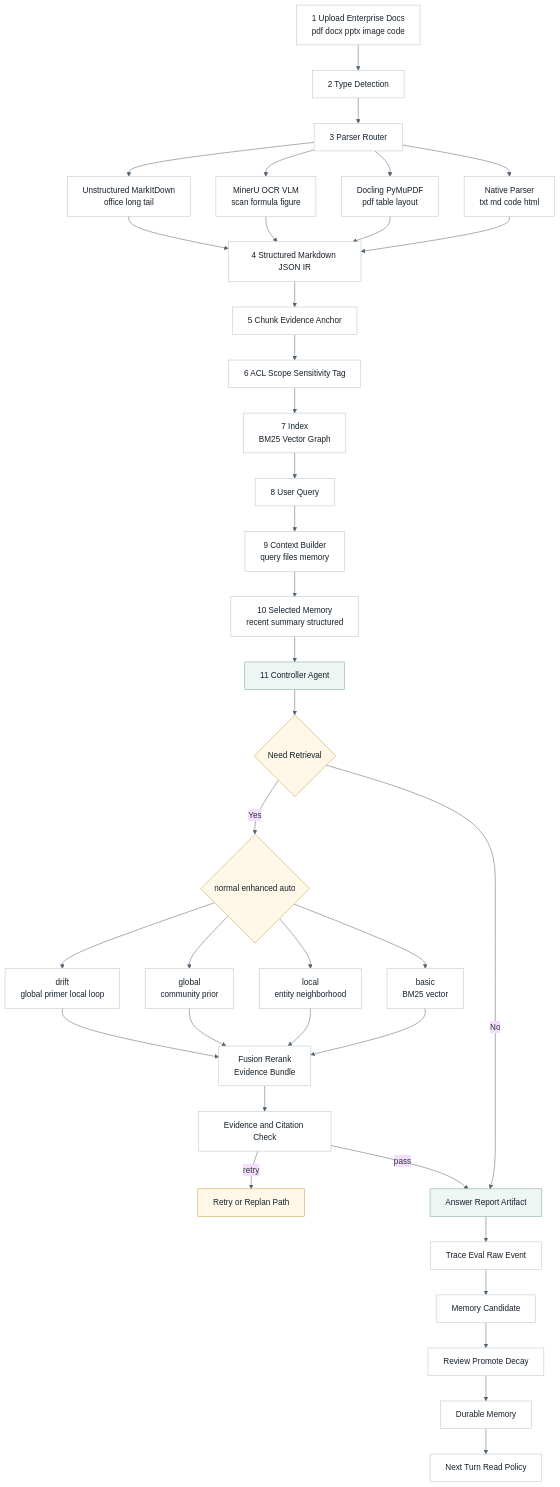
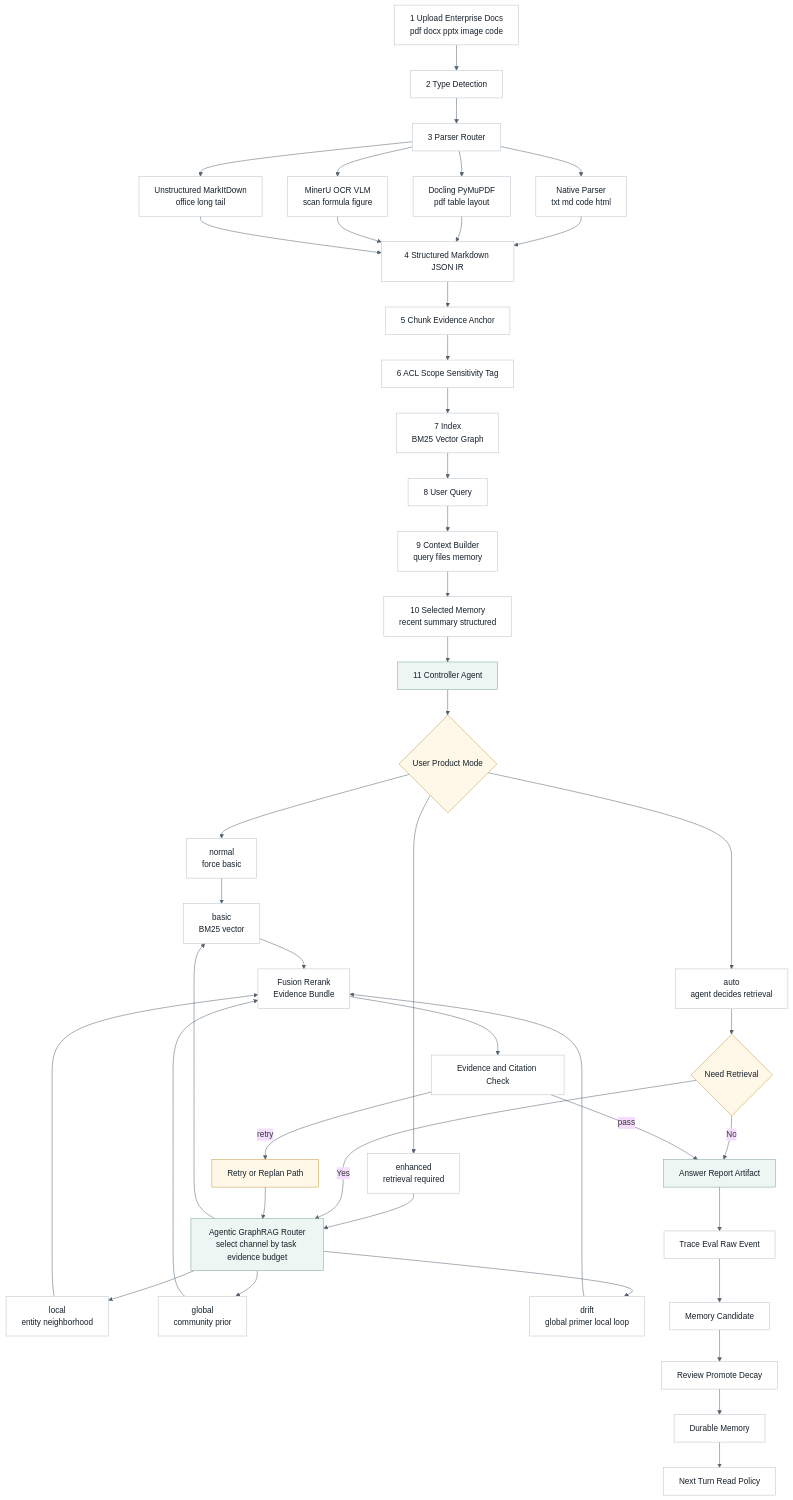
The fifth of 10 diagrams in .agent/architecture/architecture.md (ProfessorZhi/Zuno), drawn with Mermaid before and after one commit. The commit also changed other lines of this file and 5 other files, not shown here.

Commit message:
docs: clarify agentic graphrag mode routing

````diff
--- a/.agent/architecture/architecture.md
+++ b/.agent/architecture/architecture.md
@@ -615,58 +626,66 @@
 ```mermaid
 %%{init: {"theme": "base", "themeVariables": {"background": "#f7f8fb", "lineColor": "#52616f"}}}%%
 flowchart TB
   classDef node fill:#ffffff,stroke:#b8c2cc,stroke-width:1px,color:#16202a;
   classDef decision fill:#fff8e8,stroke:#c59b43,stroke-width:1px,color:#16202a;
   classDef accent fill:#eef6f3,stroke:#7aa59a,stroke-width:1px,color:#16202a;
 
   UPLOAD["1 Upload Enterprise Docs<br/>pdf docx pptx image code"]
   TYPE["2 Type Detection"]
   ROUTEPARSE["3 Parser Router"]
   NATIVE["Native Parser<br/>txt md code html"]
   DOCLING["Docling PyMuPDF<br/>pdf table layout"]
   MINERU["MinerU OCR VLM<br/>scan formula figure"]
   UNSTRUCT["Unstructured MarkItDown<br/>office long tail"]
   NORMALIZE["4 Structured Markdown JSON IR"]
   CHUNK["5 Chunk Evidence Anchor"]
   ACL["6 ACL Scope Sensitivity Tag"]
   INDEX["7 Index<br/>BM25 Vector Graph"]
   QUERY["8 User Query"]
   CONTEXT["9 Context Builder<br/>query files memory"]
   MEMORY["10 Selected Memory<br/>recent summary structured"]
   AGENT["11 Controller Agent"]:::accent
+  MODE{"User Product Mode"}:::decision
+  NORMAL["normal<br/>force basic"]
+  ENHANCED["enhanced<br/>retrieval required"]
+  AUTO["auto<br/>agent decides retrieval"]
   NEED{"Need Retrieval"}:::decision
-  MODE{"normal enhanced auto"}:::decision
+  ROUTER["Agentic GraphRAG Router<br/>select channel by task evidence budget"]:::accent
   BASIC["basic<br/>BM25 vector"]
   LOCAL["local<br/>entity neighborhood"]
   GLOBAL["global<br/>community prior"]
   DRIFT["drift<br/>global primer local loop"]
   FUSION["Fusion Rerank<br/>Evidence Bundle"]
   EVID["Evidence and Citation Check"]
   RETRY["Retry or Replan Path"]:::decision
   ANSWER["Answer Report Artifact"]:::accent
   TRACE["Trace Eval Raw Event"]
   MEMCAND["Memory Candidate"]
   REVIEW["Review Promote Decay"]
   MEMSTORE["Durable Memory"]
   NEXTREAD["Next Turn Read Policy"]
 
   UPLOAD --> TYPE --> ROUTEPARSE
   ROUTEPARSE --> NATIVE --> NORMALIZE
   ROUTEPARSE --> DOCLING --> NORMALIZE
   ROUTEPARSE --> MINERU --> NORMALIZE
   ROUTEPARSE --> UNSTRUCT --> NORMALIZE
   NORMALIZE --> CHUNK --> ACL --> INDEX
-  INDEX --> QUERY --> CONTEXT --> MEMORY --> AGENT --> NEED
+  INDEX --> QUERY --> CONTEXT --> MEMORY --> AGENT --> MODE
+  MODE --> NORMAL --> BASIC
+  MODE --> ENHANCED --> ROUTER
+  MODE --> AUTO --> NEED
   NEED -->|No| ANSWER
-  NEED -->|Yes| MODE
-  MODE --> BASIC --> FUSION
-  MODE --> LOCAL --> FUSION
-  MODE --> GLOBAL --> FUSION
-  MODE --> DRIFT --> FUSION
+  NEED -->|Yes| ROUTER
+  ROUTER --> BASIC --> FUSION
+  ROUTER --> LOCAL --> FUSION
+  ROUTER --> GLOBAL --> FUSION
+  ROUTER --> DRIFT --> FUSION
   FUSION --> EVID
   EVID -->|retry| RETRY
+  RETRY --> ROUTER
   EVID -->|pass| ANSWER
   ANSWER --> TRACE --> MEMCAND --> REVIEW --> MEMSTORE
   MEMSTORE --> NEXTREAD
-  class UPLOAD,TYPE,ROUTEPARSE,NATIVE,DOCLING,MINERU,UNSTRUCT,NORMALIZE,CHUNK,ACL,INDEX,QUERY,CONTEXT,MEMORY,BASIC,LOCAL,GLOBAL,DRIFT,FUSION,EVID,TRACE,MEMCAND,REVIEW,MEMSTORE,NEXTREAD node;
+  class UPLOAD,TYPE,ROUTEPARSE,NATIVE,DOCLING,MINERU,UNSTRUCT,NORMALIZE,CHUNK,ACL,INDEX,QUERY,CONTEXT,MEMORY,NORMAL,ENHANCED,AUTO,BASIC,LOCAL,GLOBAL,DRIFT,FUSION,EVID,TRACE,MEMCAND,REVIEW,MEMSTORE,NEXTREAD node;
 ```
````
